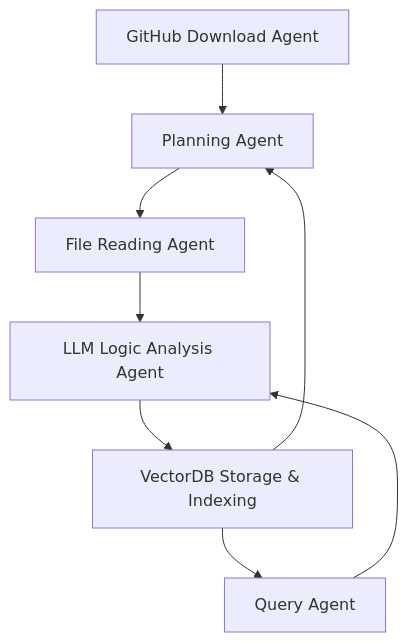
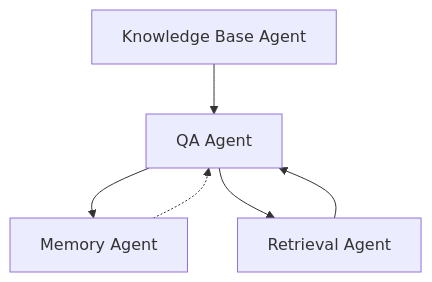
One commit to moxin-org/mofa changed the second of 2 diagrams in python/examples/deep-wiki/README.md. Above: the diagram before and after it, drawn with Mermaid. The commit also changed other lines of this file, not shown here.

````diff
--- a/python/examples/deep-wiki/README.md
+++ b/python/examples/deep-wiki/README.md
@@ -89,10 +100,8 @@
 ```mermaid
-graph TD
-    A[GitHub Download Agent] --> B[Planning Agent]
-    B --> C[File Reading Agent]
-    C --> D[LLM Logic Analysis Agent]
-    D --> E[VectorDB Storage & Indexing]
-    E --> B
-    E --> F[Query Agent]
-    F --> D
+flowchart TD
+    KB[Knowledge Base Agent] --> QA[QA Agent]
+    MEM[Memory Agent] -.-> QA
+    QA --> MEM
+    QA --> RET[Retrieval Agent]
+    RET --> QA
 ```
````
